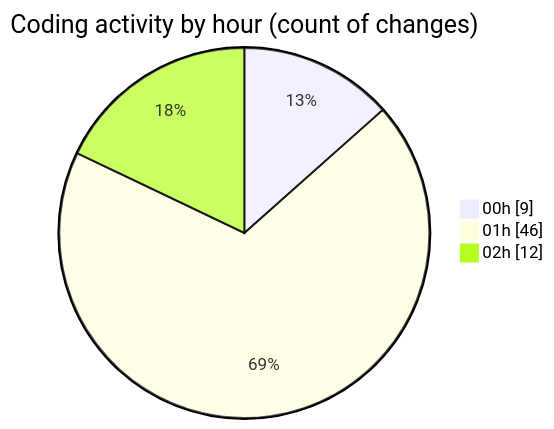
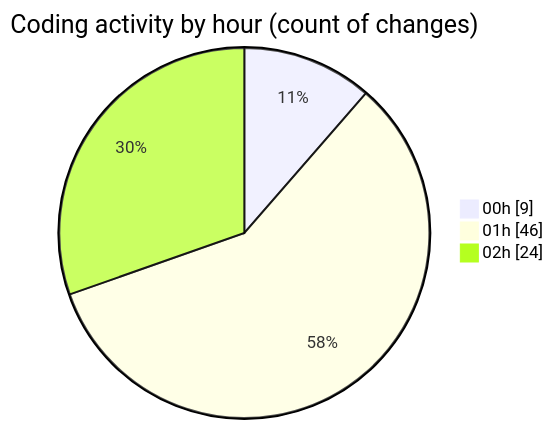
Before and after one commit to julien-gomy/code-tracking: the second of 2 diagrams in 2025-11-18/eventscop-frontend-guide__workspace_/README.md, drawn with Mermaid. The commit also changed other lines of this file and 1 other file, not shown here.

````diff
--- a/2025-11-18/eventscop-frontend-guide__workspace_/README.md
+++ b/2025-11-18/eventscop-frontend-guide__workspace_/README.md
@@ -38,7 +39,7 @@
 ```mermaid
 pie showData
 title Coding activity by hour (count of changes)
 "00h" : 9
 "01h" : 46
-"02h" : 12
+"02h" : 24
 ```
````
